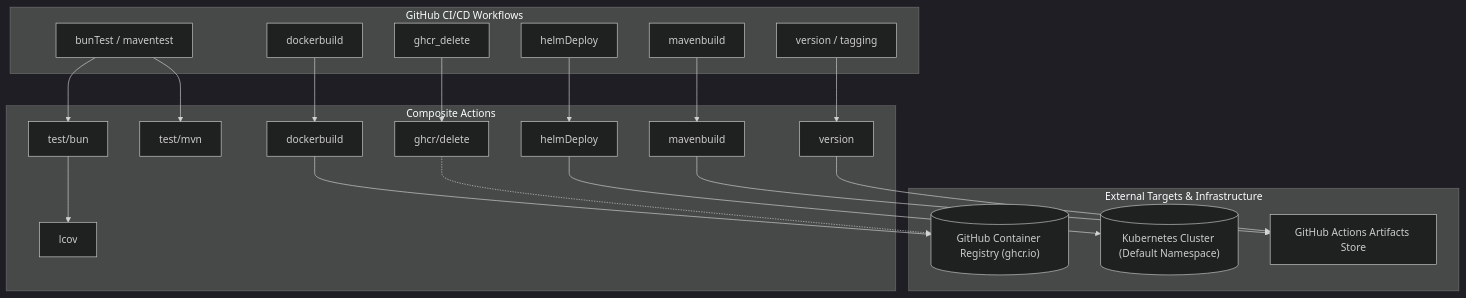
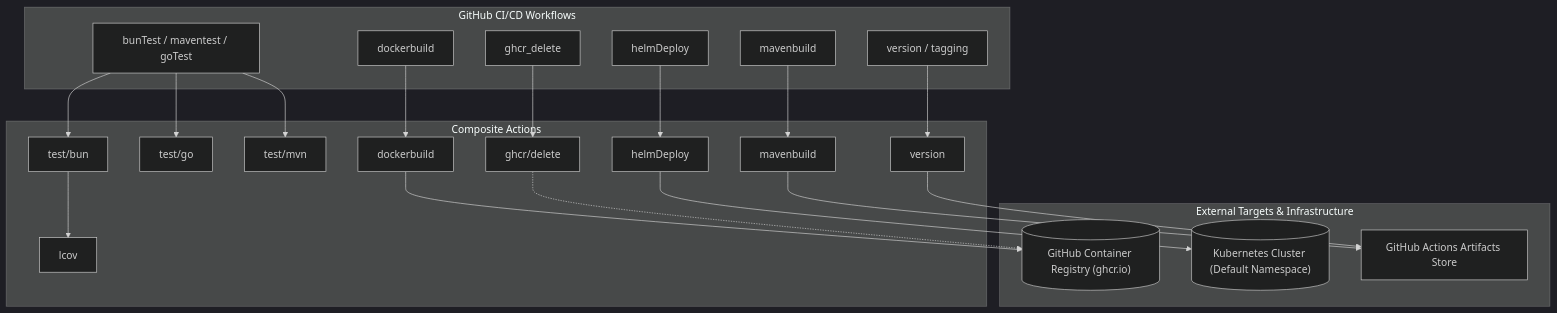
Before and after one commit to KAnggara/DevOps: the diagram in .context/ARCHITECTURE.md, drawn with Mermaid (dark theme). The commit also changed 13 other files, not shown here.

````diff
--- a/.context/ARCHITECTURE.md
+++ b/.context/ARCHITECTURE.md
@@ -10,37 +10,39 @@
 ```mermaid
 graph TD
     subgraph GitHub Workflows [GitHub CI/CD Workflows]
-        WF_Test[bunTest / maventest]
+        WF_Test[bunTest / maventest / goTest]
         WF_Build[mavenbuild]
         WF_Docker[dockerbuild]
         WF_Ver[version / tagging]
         WF_Deploy[helmDeploy]
         WF_Prune[ghcr_delete]
     end
 
     subgraph Actions [Composite Actions]
         Act_TestBun["test/bun"]
+        Act_TestGo["test/go"]
         Act_TestMvn["test/mvn"]
         Act_Lcov["lcov"]
         Act_MvnBuild["mavenbuild"]
         Act_DockerBuild["dockerbuild"]
         Act_Version["version"]
         Act_Helm["helmDeploy"]
         Act_GHCR["ghcr/delete"]
     end
 
     subgraph RegistriesAndClusters [External Targets & Infrastructure]
         GHCR[("GitHub Container Registry (ghcr.io)")]
         K8S[("Kubernetes Cluster (Default Namespace)")]
         GH_Artifacts["GitHub Actions Artifacts Store"]
     end
 
     WF_Test --> Act_TestBun
+    WF_Test --> Act_TestGo
     WF_Test --> Act_TestMvn
     Act_TestBun --> Act_Lcov
     WF_Build --> Act_MvnBuild --> GH_Artifacts
     WF_Ver --> Act_Version --> GH_Artifacts
     WF_Docker --> Act_DockerBuild --> GHCR
     WF_Prune --> Act_GHCR -.-> GHCR
     WF_Deploy --> Act_Helm --> K8S
 ```
````
